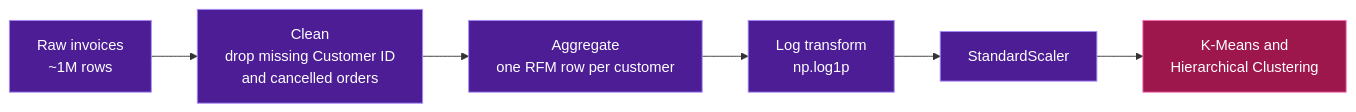
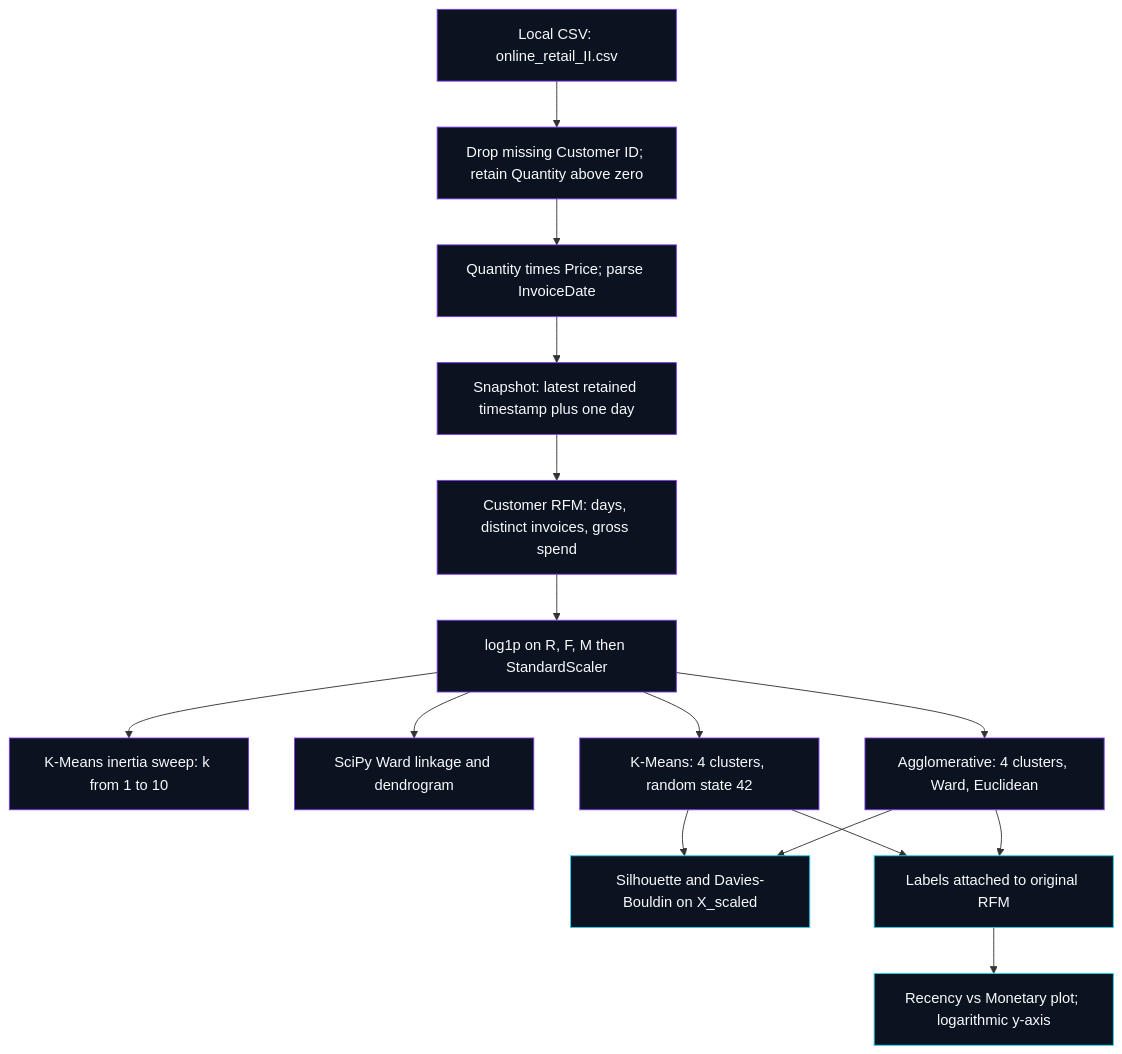
One commit to khaled-amireh/Customer-Segmentation-RFM changed the diagram in README.md. Above: the diagram before and after it, drawn with Mermaid. The commit also changed other lines of this file, not shown here.

````diff
--- a/README.md
+++ b/README.md
@@ -73,13 +67,21 @@
 ```mermaid
-flowchart LR
-    A[" Raw invoices<br/>~1M rows"] --> B[" Clean<br/>drop missing Customer ID<br/>and cancelled orders"]
-    B --> C[" Aggregate<br/>one RFM row per customer"]
-    C --> D[" Log transform<br/>np.log1p"]
-    D --> E[" StandardScaler"]
-    E --> F[" K-Means and<br/>Hierarchical Clustering"]
-
-    classDef step fill:#4c1d95,stroke:#a78bfa,color:#fff;
-    classDef out fill:#9d174d,stroke:#f472b6,color:#fff;
-    class A,B,C,D,E step;
-    class F out;
+flowchart TD
+    A["Local CSV: online_retail_II.csv"] --> B["Drop missing Customer ID; retain Quantity above zero"]
+    B --> C["Quantity times Price; parse InvoiceDate"]
+    C --> D["Snapshot: latest retained timestamp plus one day"]
+    D --> E["Customer RFM: days, distinct invoices, gross spend"]
+    E --> F["log1p on R, F, M then StandardScaler"]
+    F --> G["K-Means inertia sweep: k from 1 to 10"]
+    F --> H["SciPy Ward linkage and dendrogram"]
+    F --> I["K-Means: 4 clusters, random state 42"]
+    F --> J["Agglomerative: 4 clusters, Ward, Euclidean"]
+    I --> K["Silhouette and Davies-Bouldin on X_scaled"]
+    J --> K
+    I --> L["Labels attached to original RFM"]
+    J --> L
+    L --> M["Recency vs Monetary plot; logarithmic y-axis"]
+    classDef stage fill:#0B1220,stroke:#7C3AED,color:#F8FAFC;
+    classDef result fill:#0B1220,stroke:#22D3EE,color:#F8FAFC;
+    class A,B,C,D,E,F,G,H,I,J stage;
+    class K,L,M result;
 ```
````
